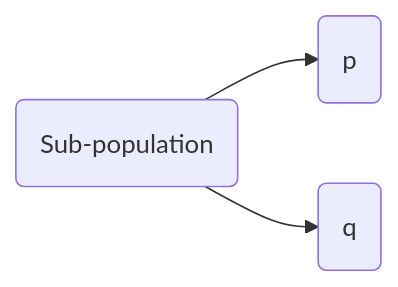
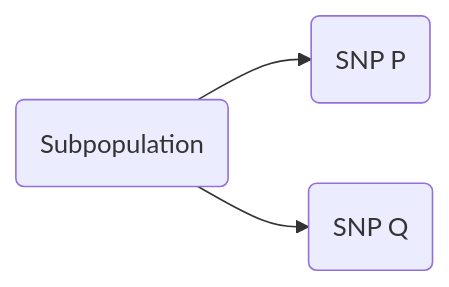
Before and after one commit to trafalmadorian97/mecfs_bioinformatics: the fourth of 6 diagrams in docs/Bioinformatics_Concepts/Population_Stratification.md, drawn with Mermaid. The commit also changed other lines of this file and 2 other files, not shown here.

````diff
--- a/docs/Bioinformatics_Concepts/Population_Stratification.md
+++ b/docs/Bioinformatics_Concepts/Population_Stratification.md
@@ -59,5 +59,5 @@
 ``` mermaid
 graph LR
-C(Sub-population) --> A(p);
-C --> B(q);
+C(Subpopulation) --> A(SNP P);
+C --> B(SNP Q);
 ```
````
